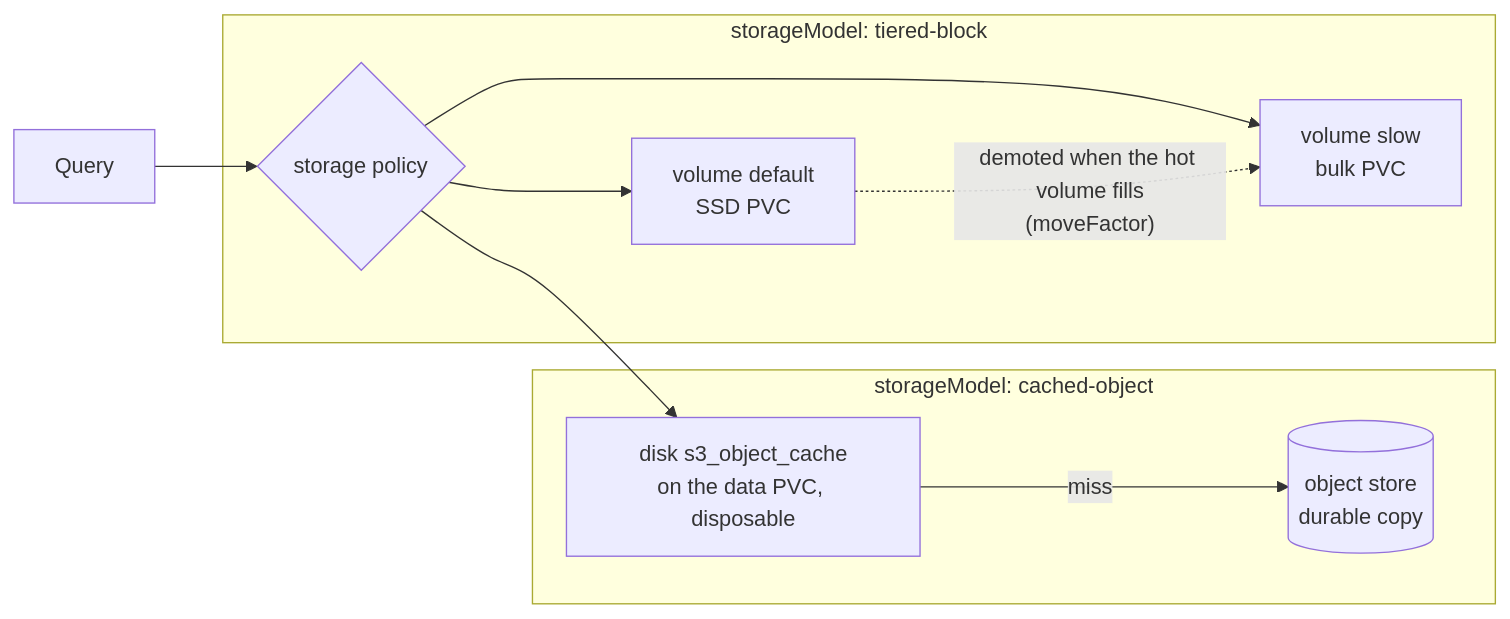
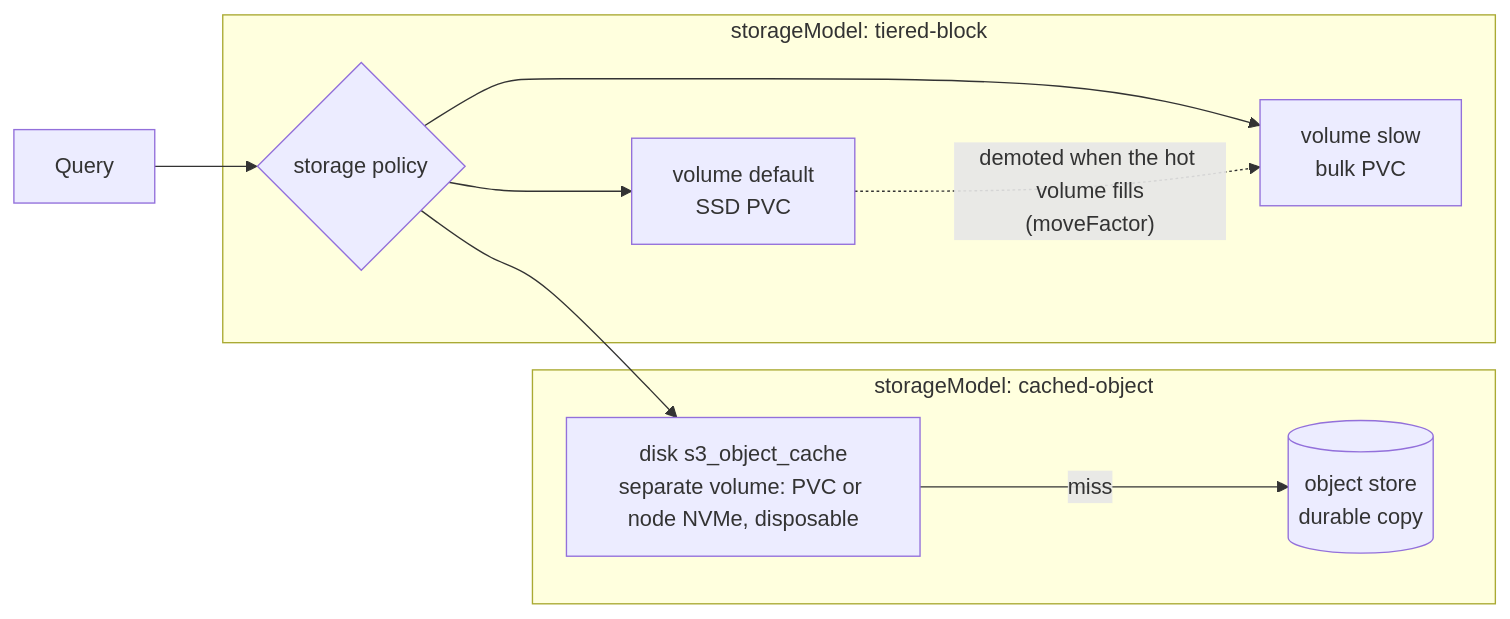
Before and after one commit to hyperi-io/dfe-infra: the diagram in docs/deployment/clickhouse-tiering.md, drawn with Mermaid. The commit also changed other lines of this file and 161 other files, not shown here.

````diff
--- a/docs/deployment/clickhouse-tiering.md
+++ b/docs/deployment/clickhouse-tiering.md
@@ -31,13 +34,13 @@
 ```mermaid
 flowchart LR
     Q[Query] --> P{storage policy}
     subgraph tieredblock["storageModel: tiered-block"]
         P --> H["volume default<br/>SSD PVC"]
         P --> C["volume slow<br/>bulk PVC"]
         H -. "demoted when the hot volume fills<br/>(moveFactor)" .-> C
     end
     subgraph cachedobject["storageModel: cached-object"]
-        P --> W["disk s3_object_cache<br/>on the data PVC, disposable"]
+        P --> W["disk s3_object_cache<br/>separate volume: PVC or node NVMe, disposable"]
         W -- "miss" --> O[("object store<br/>durable copy")]
     end
 ```
````
